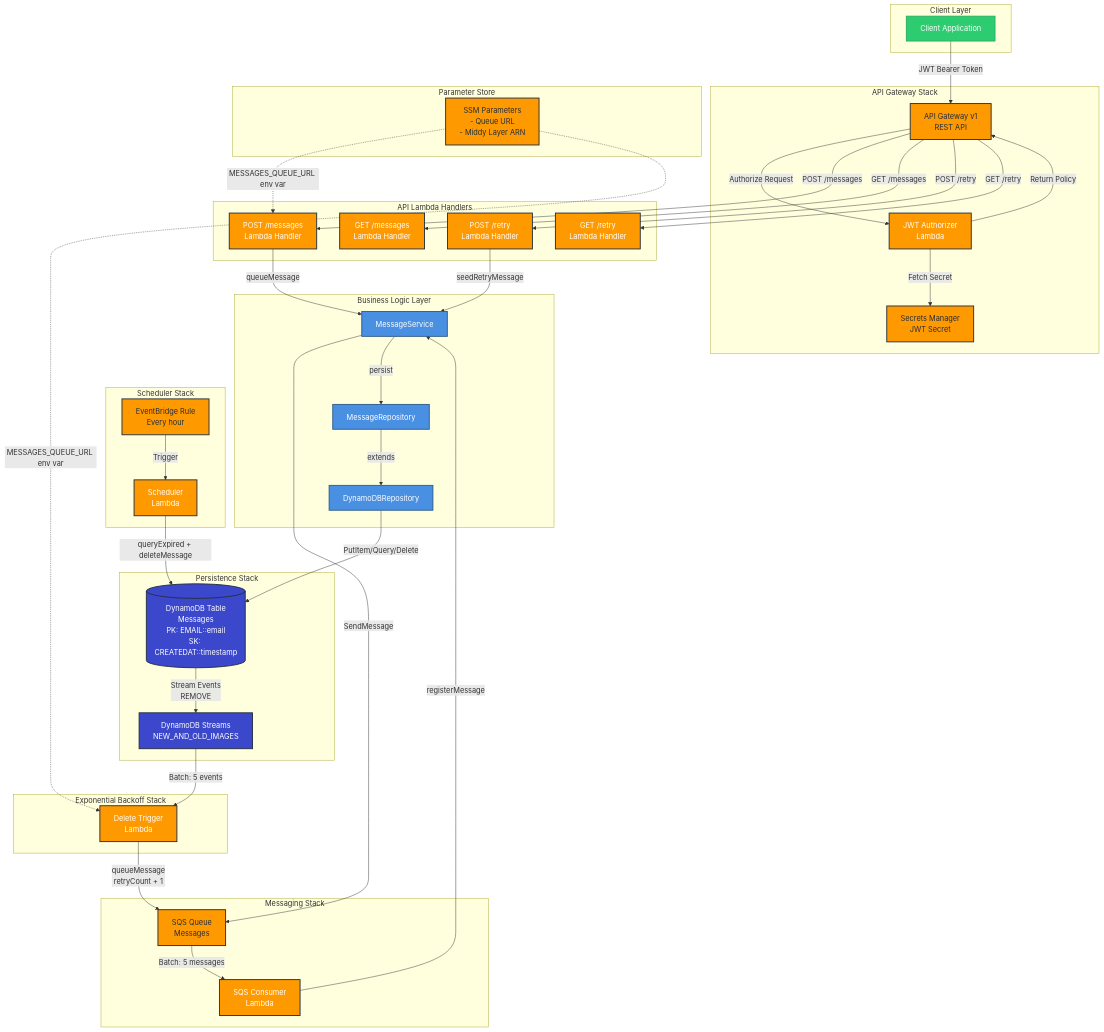
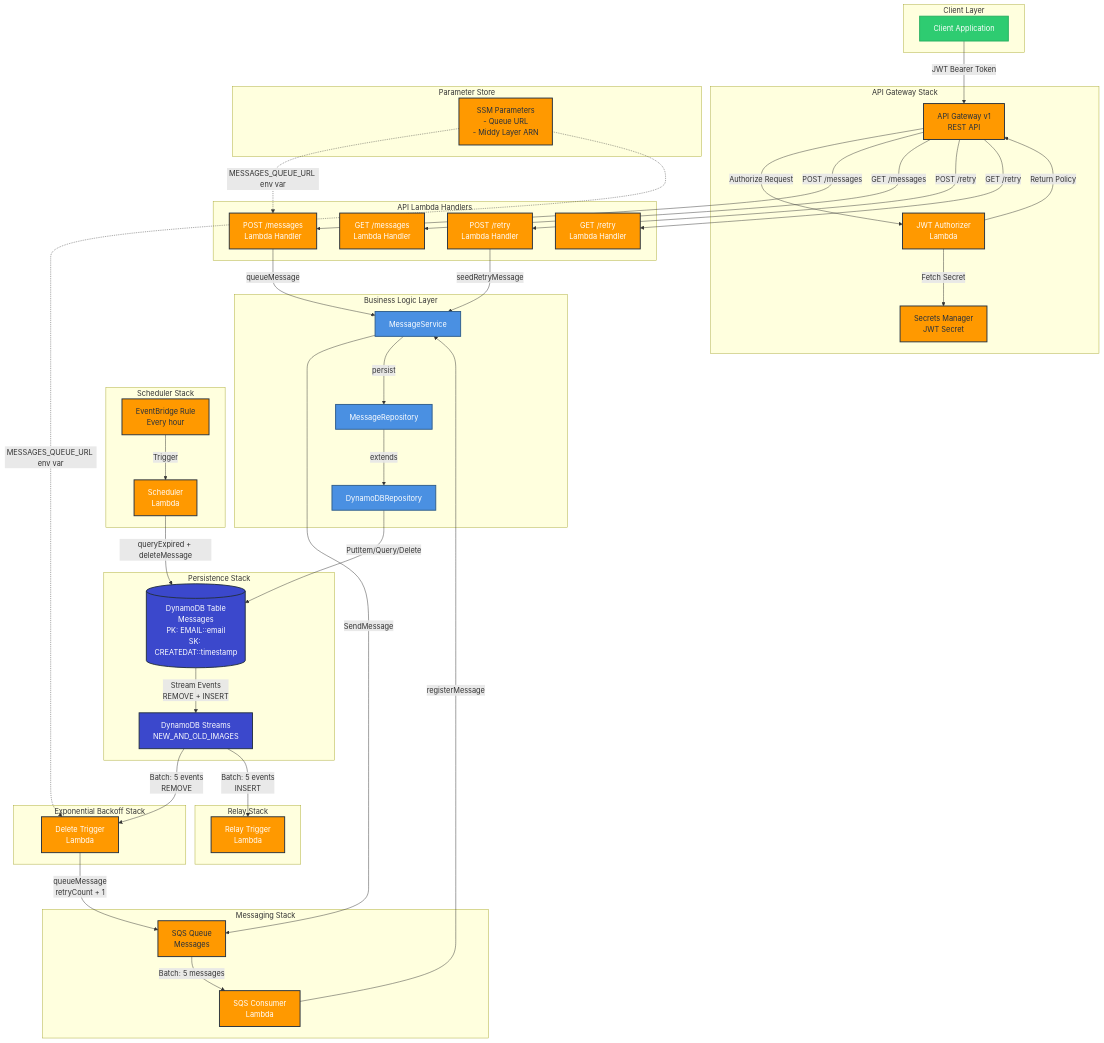
One commit to rawlinja/serverless-message-retry-cdk changed the first of 4 diagrams in docs/ARCHITECTURE.md. Above: the diagram before and after it, drawn with Mermaid. The commit also changed other lines of this file and 1 other file, not shown here.

Commit message:
docs: update ARCHITECTURE and README to reflect relay stack and current state

```diff
--- a/docs/ARCHITECTURE.md
+++ b/docs/ARCHITECTURE.md
@@ -38,6 +38,10 @@
 
     subgraph "Exponential Backoff Stack"
         DeleteTrigger[Delete Trigger<br/>Lambda]
+    end
+
+    subgraph "Relay Stack"
+        RelayTrigger[Relay Trigger<br/>Lambda]
     end
 
     subgraph "Parameter Store"
@@ -83,8 +87,9 @@
     DR -->|PutItem/Query/Delete| DDB
 
     %% DynamoDB Streams
-    DDB -->|Stream Events<br/>REMOVE| Stream
-    Stream -->|Batch: 5 events| DeleteTrigger
+    DDB -->|Stream Events<br/>REMOVE + INSERT| Stream
+    Stream -->|Batch: 5 events<br/>REMOVE| DeleteTrigger
+    Stream -->|Batch: 5 events<br/>INSERT| RelayTrigger
 
     %% Delete Trigger re-queues eligible messages
     DeleteTrigger -->|queueMessage<br/>retryCount + 1| SQS
@@ -105,7 +110,7 @@
     classDef client fill:#2ECC71,stroke:#27AE60,stroke-width:2px,color:#fff
 
     class APIGW,SQS,EB,SSM,SM aws
-    class Auth,PostMsg,GetMsg,PostRetry,GetRetry,SQSConsumer,Scheduler,DeleteTrigger lambda
+    class Auth,PostMsg,GetMsg,PostRetry,GetRetry,SQSConsumer,Scheduler,DeleteTrigger,RelayTrigger lambda
     class MS,MR,DR logic
     class DDB,Stream storage
     class Client client
```
